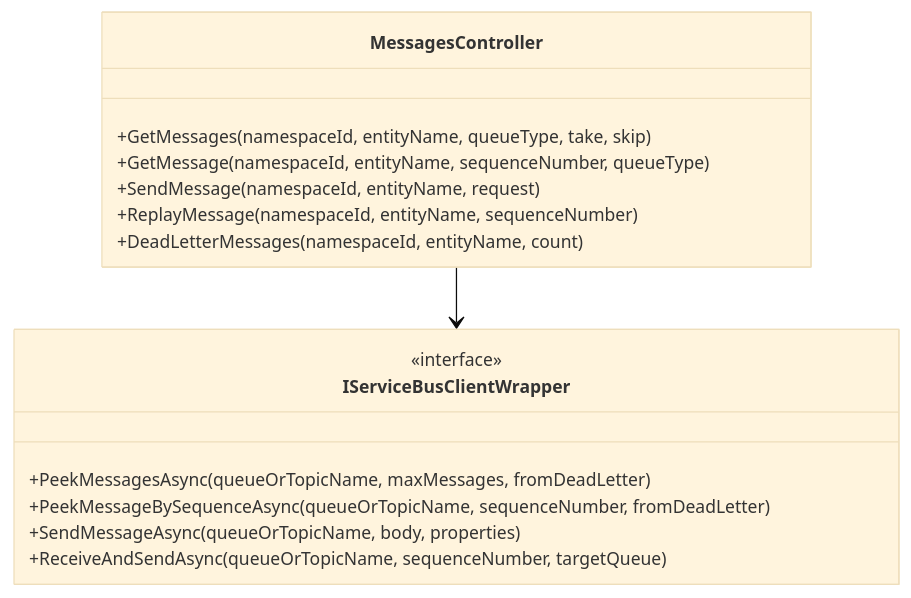
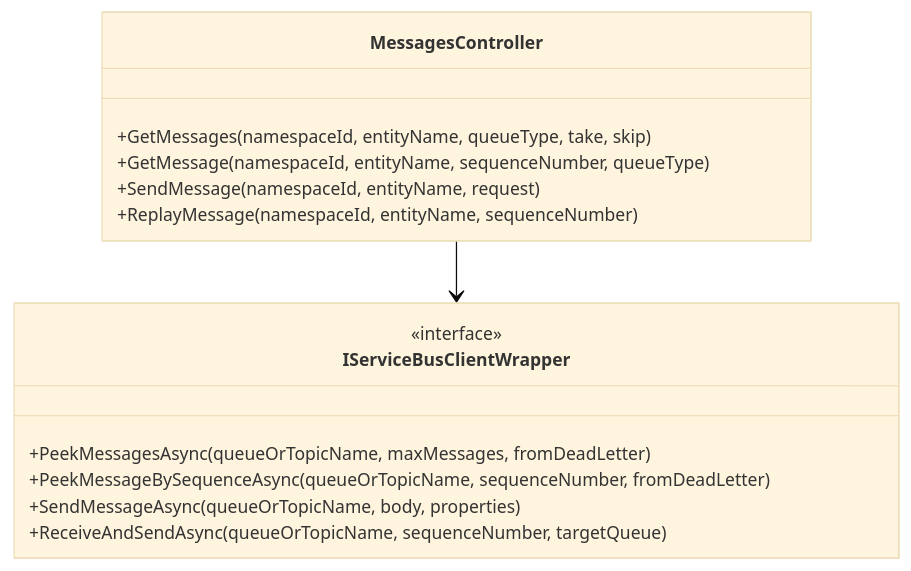
The tenth of 12 diagrams in docs/COMPREHENSIVE-GUIDE.md (debdevops/servicehub), drawn with Mermaid before and after one commit. The commit also changed other lines of this file, not shown here.

````diff
--- a/docs/COMPREHENSIVE-GUIDE.md
+++ b/docs/COMPREHENSIVE-GUIDE.md
@@ -766,21 +777,20 @@
 ```mermaid
 %%{init: {'theme':'base', 'themeVariables': { 'fontSize':'14px'}}}%%
 classDiagram
     class MessagesController {
         +GetMessages(namespaceId, entityName, queueType, take, skip)
         +GetMessage(namespaceId, entityName, sequenceNumber, queueType)
         +SendMessage(namespaceId, entityName, request)
         +ReplayMessage(namespaceId, entityName, sequenceNumber)
-        +DeadLetterMessages(namespaceId, entityName, count)
     }
     
     class IServiceBusClientWrapper {
         <<interface>>
         +PeekMessagesAsync(queueOrTopicName, maxMessages, fromDeadLetter)
         +PeekMessageBySequenceAsync(queueOrTopicName, sequenceNumber, fromDeadLetter)
         +SendMessageAsync(queueOrTopicName, body, properties)
         +ReceiveAndSendAsync(queueOrTopicName, sequenceNumber, targetQueue)
     }
     
     MessagesController --> IServiceBusClientWrapper
 ```
````
